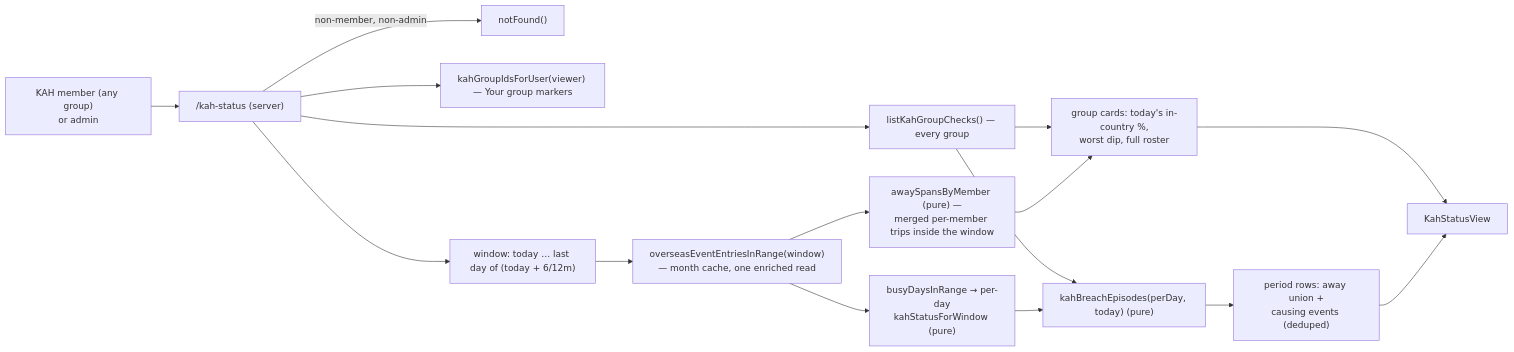
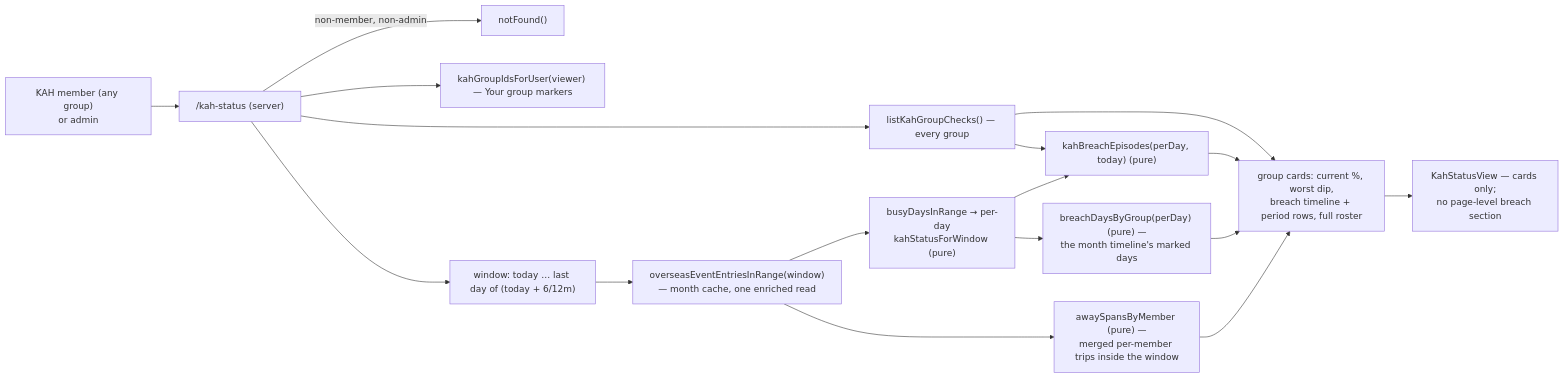
The fourth of 4 diagrams in docs/kah.md (oncloudnintynineone-source/cloudy2), drawn with Mermaid before and after one commit. The commit also changed other lines of this file and 20 other files, not shown here.

Commit message:
feat(kah): integrate breach timeline into group cards and even desktop rows

````diff
--- a/docs/kah.md
+++ b/docs/kah.md
@@ -219,18 +219,19 @@
 ```mermaid
 flowchart LR
  U["KAH member (any group)<br/>or admin"] --> P["/kah-status (server)"]
  P -->|"non-member, non-admin"| N["notFound()"]
  P --> G["listKahGroupChecks() — every group"]
  P --> M["kahGroupIdsForUser(viewer) — Your group markers"]
  P --> W["window: today … last day of (today + 6/12m)"]
  W --> B["overseasEventEntriesInRange(window)<br/>— month cache, one enriched read"]
  B --> D["busyDaysInRange → per-day<br/>kahStatusForWindow (pure)"]
  G --> E["kahBreachEpisodes(perDay, today) (pure)"]
  D --> E
- G --> R["group cards: today's in-country %,<br/>worst dip, full roster"]
+ D --> T["breachDaysByGroup(perDay) (pure) —<br/>the month timeline's marked days"]
+ G --> R["group cards: current %, worst dip,<br/>breach timeline + period rows, full roster"]
+ E --> R
+ T --> R
  B --> S["awaySpansByMember (pure) —<br/>merged per-member trips inside the window"]
  S --> R
- E --> S2["period rows: away union +<br/>causing events (deduped)"]
- R --> V["KahStatusView"]
- S2 --> V
+ R --> V["KahStatusView — cards only;<br/>no page-level breach section"]
 ```
````
